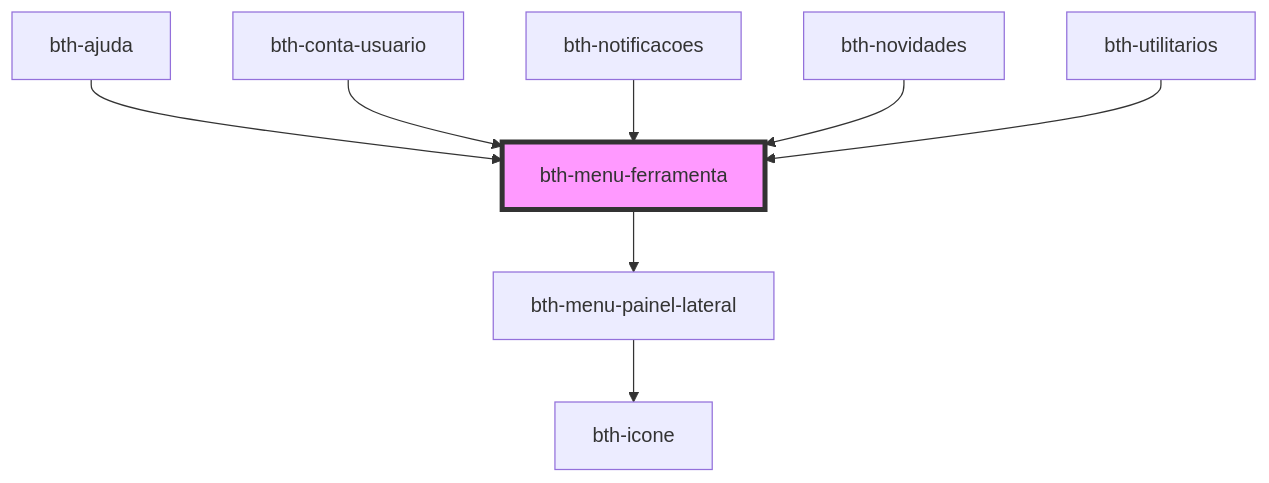
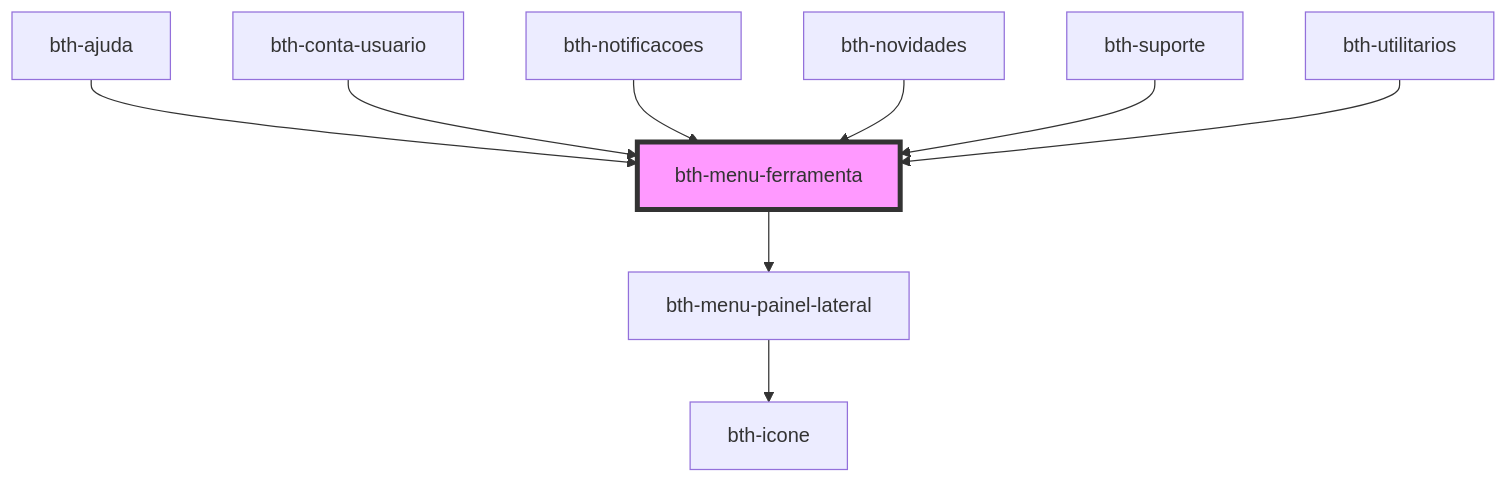
The diagram in src/components/app/menu-ferramenta/readme.md (betha-plataforma/estrutura-componentes), drawn with Mermaid before and after one commit. The commit also changed other lines of this file and 17 other files, not shown here.

Commit message:
Adiciona novo menu de ferramenta para suporte com integração do BLIP Chat de atendimento

````diff
--- a/src/components/app/menu-ferramenta/readme.md
+++ b/src/components/app/menu-ferramenta/readme.md
@@ -118,11 +119,12 @@
 ```mermaid
 graph TD;
   bth-menu-ferramenta --> bth-menu-painel-lateral
   bth-menu-painel-lateral --> bth-icone
   bth-ajuda --> bth-menu-ferramenta
   bth-conta-usuario --> bth-menu-ferramenta
   bth-notificacoes --> bth-menu-ferramenta
   bth-novidades --> bth-menu-ferramenta
+  bth-suporte --> bth-menu-ferramenta
   bth-utilitarios --> bth-menu-ferramenta
   style bth-menu-ferramenta fill:#f9f,stroke:#333,stroke-width:4px
 ```
````
